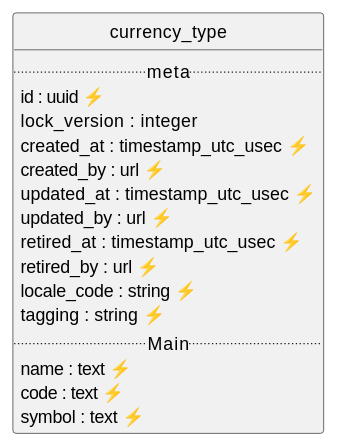
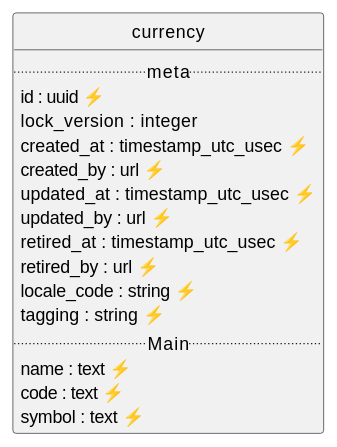
Before and after one commit to contactopensource/contactopensource: the diagram in api/currency_type/uml/uml.plantuml, drawn with PlantUML. The commit also changed 88 other files, not shown here.

```diff
--- a/api/currency_type/uml/uml.plantuml
+++ b/api/currency_type/uml/uml.plantuml
@@ -1,24 +1,24 @@
 @startuml uml
 skinparam monochrome true
 skinparam linetype ortho
 hide circle
 
-entity currency_type {
+entity currency {
   .. meta ..
   id : uuid ⚡
   lock_version : integer
   created_at : timestamp_utc_usec ⚡
   created_by : url ⚡
   updated_at : timestamp_utc_usec ⚡
   updated_by : url ⚡
   retired_at : timestamp_utc_usec ⚡
   retired_by : url ⚡
   locale_code : string ⚡
   tagging : string ⚡
   .. Main ..
   name : text ⚡
   code : text ⚡
   symbol : text ⚡
 }
 
 @enduml
```
